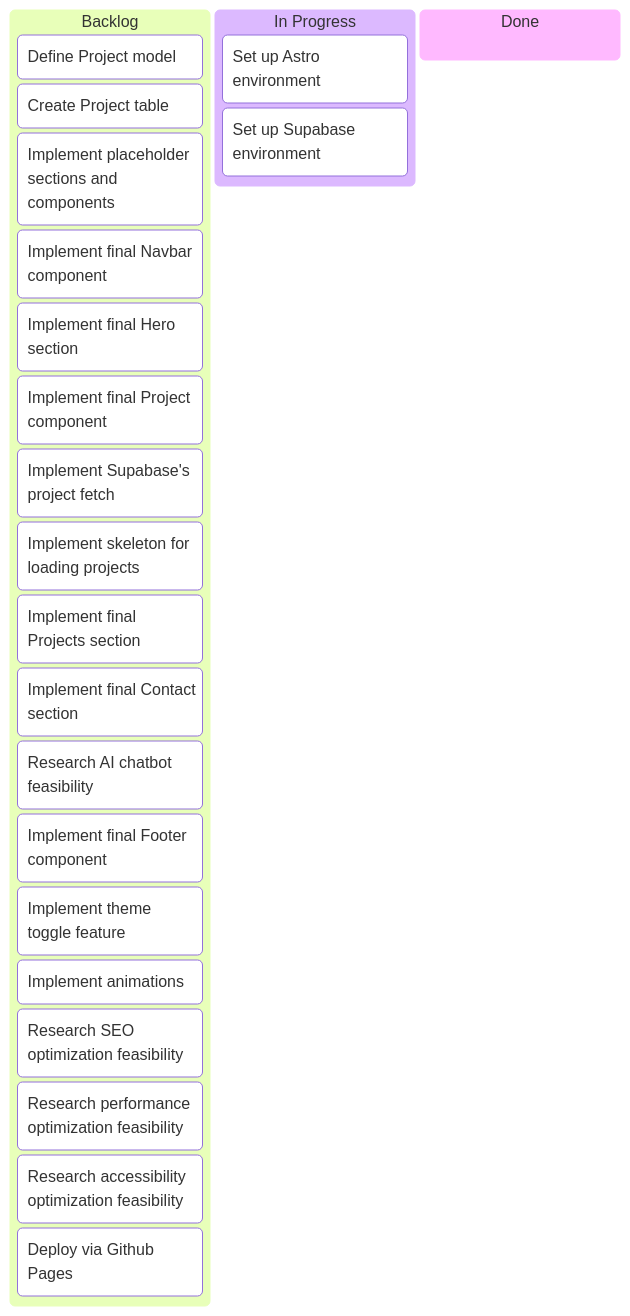
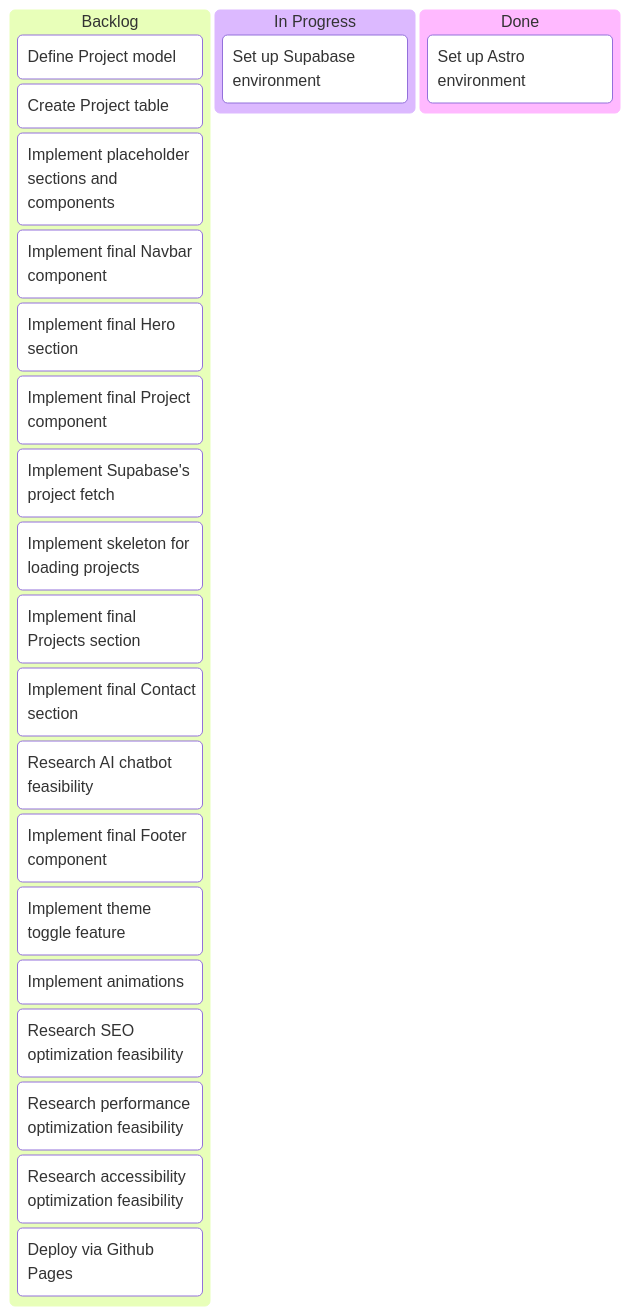
Before and after one commit to CantarinoG/portfolio: the diagram in docs/kanban.md, drawn with Mermaid. The commit also changed other lines of this file and 8 other files, not shown here.

````diff
--- a/docs/kanban.md
+++ b/docs/kanban.md
@@ -1,26 +1,26 @@
 ```mermaid
 kanban
   stage1[Backlog]
     card3[Define Project model]
     card4[Create Project table]
     card5[Implement placeholder sections and components]
     card6[Implement final Navbar component]
     card7[Implement final Hero section]
     card8[Implement final Project component]
     card9[Implement Supabase's project fetch]
     card10[Implement skeleton for loading projects]
     card11[Implement final Projects section]
     card12[Implement final Contact section]
     card13[Research AI chatbot feasibility]
     card14[Implement final Footer component]
     card15[Implement theme toggle feature]
     card16[Implement animations]
     card17[Research SEO optimization feasibility]
     card18[Research performance optimization feasibility]
     card19[Research accessibility optimization feasibility]
     card20[Deploy via Github Pages]
   stage2[In Progress]
-    card1[Set up Astro environment]
     card2[Set up Supabase environment]
   stage3[Done]
+    card1[Set up Astro environment]
 ```
````
